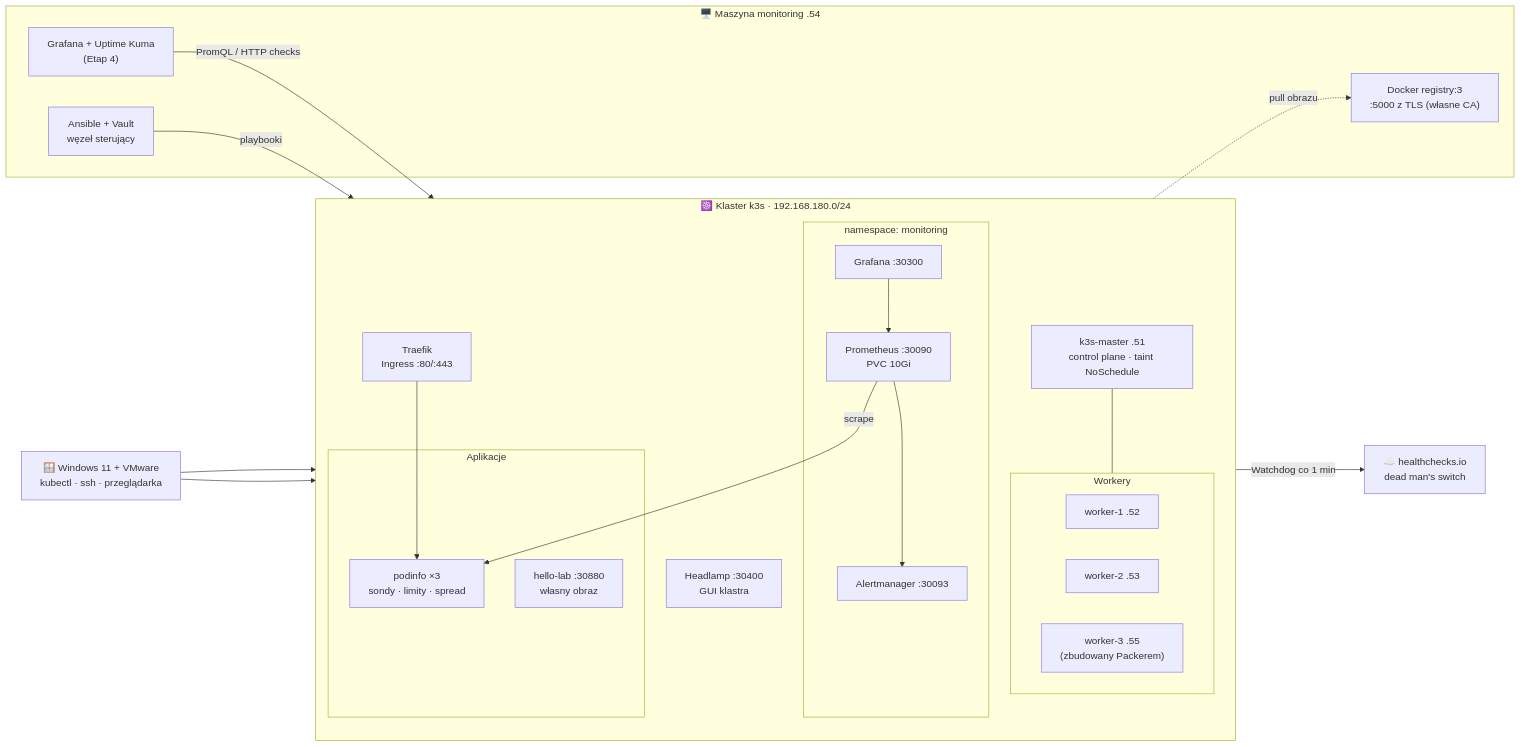
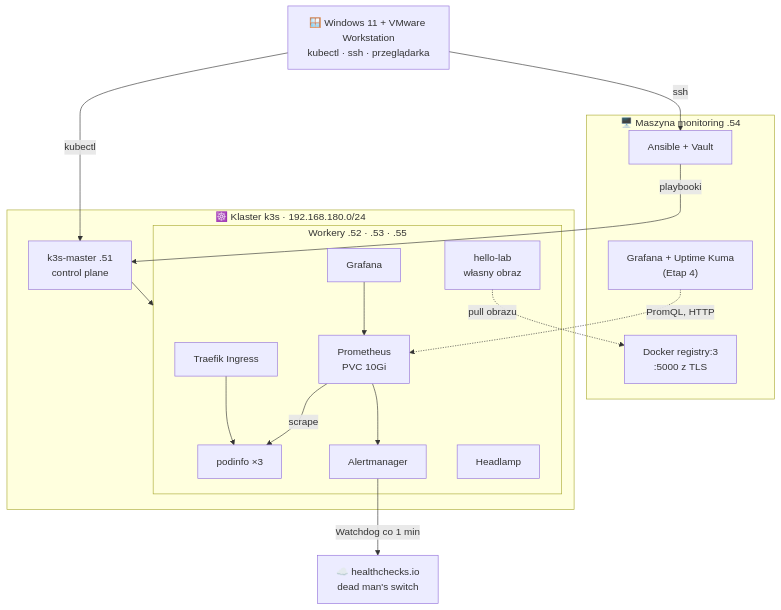
Before and after one commit to programmingbygrzegorz/k3s-monitoring-lab: the first of 2 diagrams in README.md, drawn with Mermaid. The commit also changed other lines of this file, not shown here.

Commit message:
README: czytelniejsze diagramy architektury i postępu

````diff
--- a/README.md
+++ b/README.md
@@ -34,45 +34,37 @@
 ```mermaid
-flowchart LR
-    admin["🪟 Windows 11 + VMware<br/>kubectl · ssh · przeglądarka"]
+flowchart TB
+    admin["🪟 Windows 11 + VMware Workstation<br/>kubectl · ssh · przeglądarka"]
 
-    subgraph cluster["☸️ Klaster k3s  ·  192.168.180.0/24"]
-        direction TB
-        master["k3s-master .51<br/>control plane · taint NoSchedule"]
-        subgraph workers["Workery"]
-            w1["worker-1 .52"]
-            w2["worker-2 .53"]
-            w3["worker-3 .55<br/>(zbudowany Packerem)"]
-        end
-        traefik["Traefik<br/>Ingress :80/:443"]
-        subgraph mon["namespace: monitoring"]
-            prom["Prometheus :30090<br/>PVC 10Gi"]
-            am["Alertmanager :30093"]
-            graf_in["Grafana :30300"]
-        end
-        subgraph apps["Aplikacje"]
-            podinfo["podinfo ×3<br/>sondy · limity · spread"]
-            hello["hello-lab :30880<br/>własny obraz"]
-        end
-        headlamp["Headlamp :30400<br/>GUI klastra"]
+    subgraph vm["🖥️ Maszyna monitoring .54"]
+        ansible["Ansible + Vault"]
+        registry["Docker registry:3<br/>:5000 z TLS"]
+        kuma["Grafana + Uptime Kuma<br/>(Etap 4)"]
     end
 
-    subgraph vm["🖥️ Maszyna monitoring .54"]
-        ansible["Ansible + Vault<br/>węzeł sterujący"]
-        registry["Docker registry:3<br/>:5000 z TLS (własne CA)"]
-        kuma["Grafana + Uptime Kuma<br/>(Etap 4)"]
+    subgraph cluster["☸️ Klaster k3s · 192.168.180.0/24"]
+        master["k3s-master .51<br/>control plane"]
+        subgraph workers["Workery .52 · .53 · .55"]
+            traefik["Traefik Ingress"]
+            podinfo["podinfo ×3"]
+            hello["hello-lab<br/>własny obraz"]
+            prom["Prometheus<br/>PVC 10Gi"]
+            am["Alertmanager"]
+            graf_in["Grafana"]
+            headlamp["Headlamp"]
+        end
     end
 
     hc["☁️ healthchecks.io<br/>dead man's switch"]
 
-    admin --> master
-    admin --> headlamp
-    ansible -->|playbooki| cluster
-    master --- workers
+    admin -->|kubectl| master
+    admin -->|ssh| ansible
+    ansible -->|playbooki| master
+    master --> workers
     traefik --> podinfo
     prom -->|scrape| podinfo
     prom --> am
+    graf_in --> prom
     am -->|Watchdog co 1 min| hc
-    graf_in --> prom
-    kuma -->|PromQL / HTTP checks| prom
+    kuma -.->|PromQL, HTTP| prom
     hello -.->|pull obrazu| registry
 ```
````
